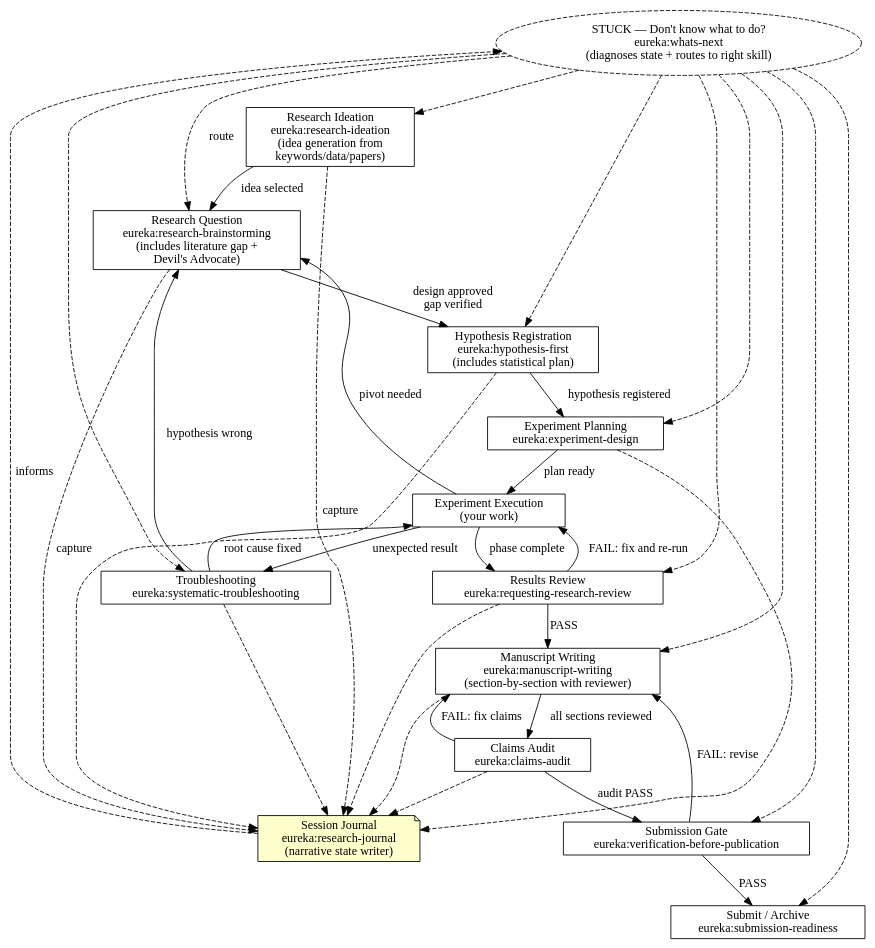
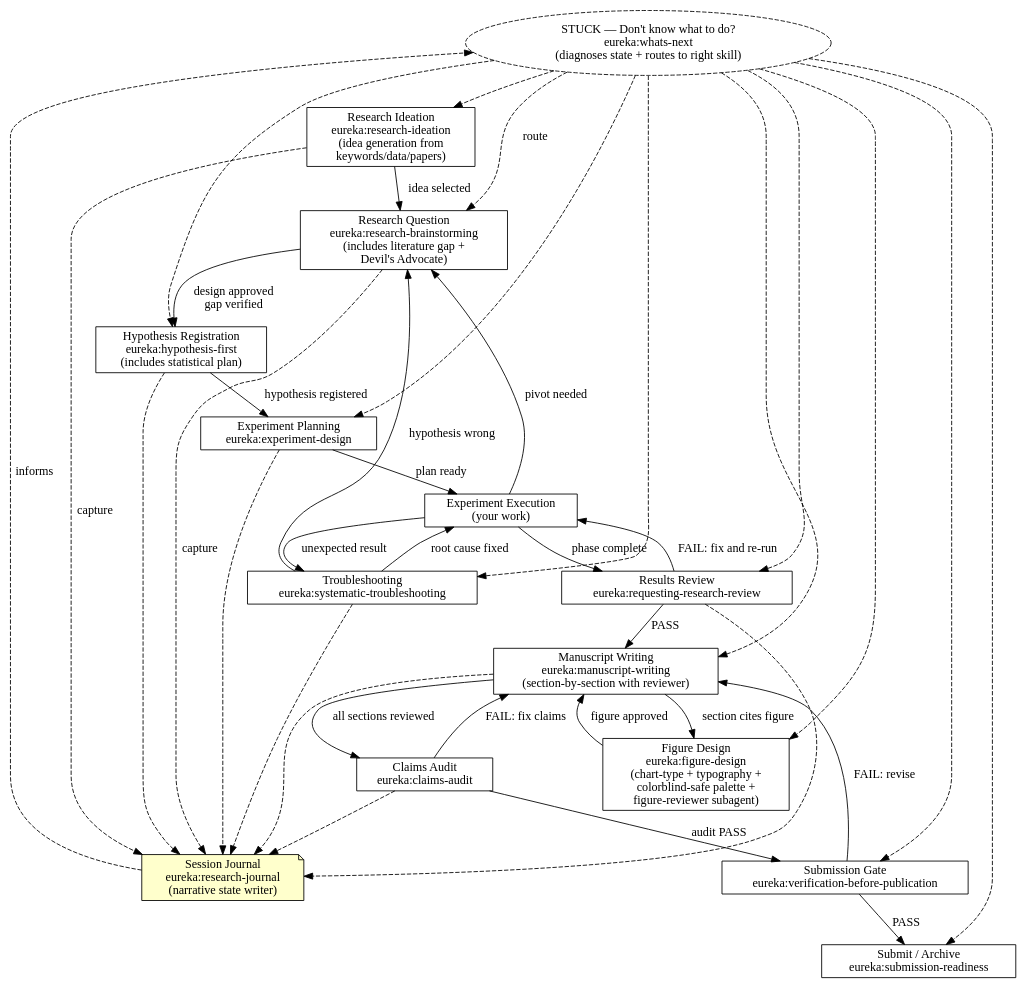
Before and after one commit to jeonnoin-alt/Eureka: the second of 2 diagrams in skills/using-eureka/SKILL.md, drawn with Graphviz. The commit also changed other lines of this file and 13 other files, not shown here.

````diff
--- a/skills/using-eureka/SKILL.md
+++ b/skills/using-eureka/SKILL.md
@@ -94,57 +94,61 @@
 ```dot
 digraph research_lifecycle {
     rankdir=TB;
     node [shape=box];
 
     stuck [label="STUCK — Don't know what to do?\neureka:whats-next\n(diagnoses state + routes to right skill)", shape=ellipse, style=dashed];
     journal [label="Session Journal\neureka:research-journal\n(narrative state writer)", shape=note, style=filled, fillcolor="#ffffcc"];
     rq [label="Research Question\neureka:research-brainstorming\n(includes literature gap +\nDevil's Advocate)"];
     hr [label="Hypothesis Registration\neureka:hypothesis-first\n(includes statistical plan)"];
     plan [label="Experiment Planning\neureka:experiment-design"];
     exp [label="Experiment Execution\n(your work)"];
     trouble [label="Troubleshooting\neureka:systematic-troubleshooting"];
     rev [label="Results Review\neureka:requesting-research-review"];
     write [label="Manuscript Writing\neureka:manuscript-writing\n(section-by-section with reviewer)"];
+    figd [label="Figure Design\neureka:figure-design\n(chart-type + typography +\ncolorblind-safe palette +\nfigure-reviewer subagent)"];
     audit [label="Claims Audit\neureka:claims-audit"];
     pub [label="Submission Gate\neureka:verification-before-publication"];
     submit [label="Submit / Archive\neureka:submission-readiness"];
     ideation [label="Research Ideation\neureka:research-ideation\n(idea generation from\nkeywords/data/papers)"];
 
     ideation -> rq [label="idea selected"];
     rq -> hr [label="design approved\ngap verified"];
     hr -> plan [label="hypothesis registered"];
     plan -> exp [label="plan ready"];
     exp -> trouble [label="unexpected result"];
     trouble -> exp [label="root cause fixed"];
     trouble -> rq [label="hypothesis wrong"];
     exp -> rev [label="phase complete"];
     rev -> exp [label="FAIL: fix and re-run"];
     rev -> write [label="PASS"];
+    write -> figd [label="section cites figure"];
+    figd -> write [label="figure approved"];
     write -> audit [label="all sections reviewed"];
     audit -> pub [label="audit PASS"];
     pub -> write [label="FAIL: revise"];
     audit -> write [label="FAIL: fix claims"];
     pub -> submit [label="PASS"];
     exp -> rq [label="pivot needed"];
 
     stuck -> rq [style=dashed, label="route"];
     stuck -> hr [style=dashed];
     stuck -> plan [style=dashed];
     stuck -> trouble [style=dashed];
     stuck -> rev [style=dashed];
     stuck -> write [style=dashed];
     stuck -> pub [style=dashed];
     stuck -> submit [style=dashed];
     stuck -> ideation [style=dashed];
+    stuck -> figd [style=dashed];
 
     ideation -> journal [style=dashed, label="capture"];
     rq -> journal [style=dashed, label="capture"];
     hr -> journal [style=dashed];
     plan -> journal [style=dashed];
     trouble -> journal [style=dashed];
     rev -> journal [style=dashed];
     write -> journal [style=dashed];
     audit -> journal [style=dashed];
     journal -> stuck [style=dashed, label="informs"];
 }
 ```
````
